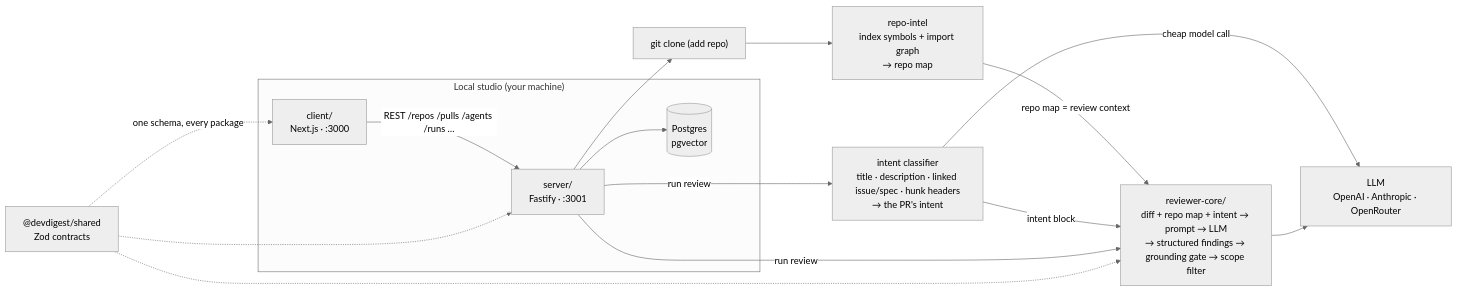
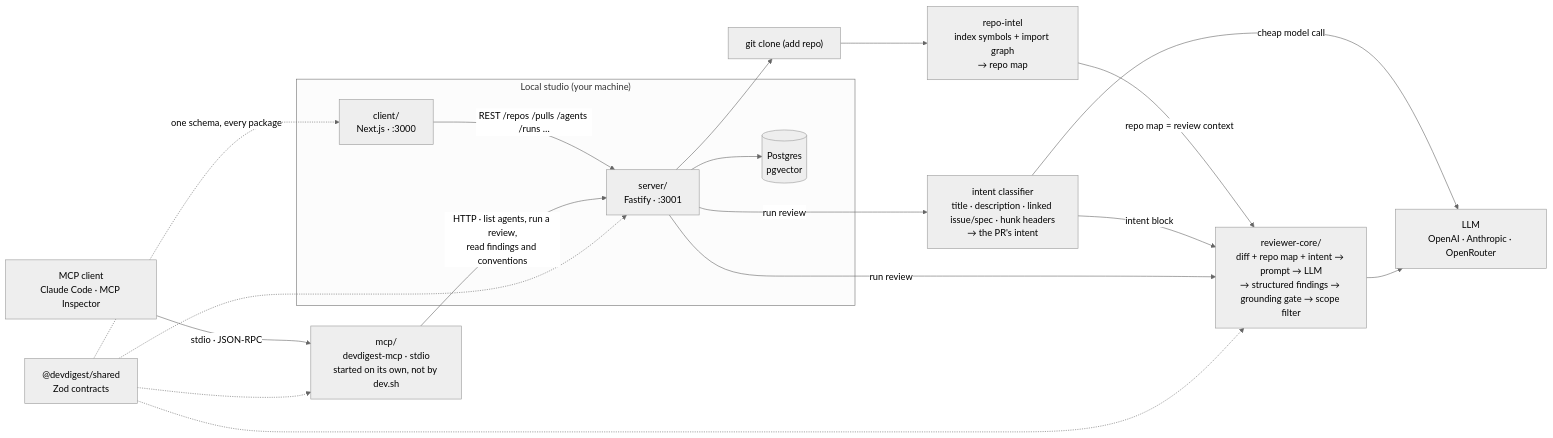
Before and after one commit to yrazub/dev-digest: the diagram in README.md, drawn with Mermaid (neutral theme). The commit also changed other lines of this file and 6 other files, not shown here.

Commit message:
docs: document the devdigest-mcp package and its tests

````diff
--- a/README.md
+++ b/README.md
@@ -27,28 +28,34 @@
 ```mermaid
 flowchart LR
   subgraph Studio["Local studio (your machine)"]
     WEB["client/<br/>Next.js · :3000"]
     API["server/<br/>Fastify · :3001"]
     PG[("Postgres<br/>pgvector")]
     WEB -->|"REST /repos /pulls /agents /runs …"| API
     API --> PG
   end
 
   CLONE["git clone (add repo)"] --> INDEX["repo-intel<br/>index symbols + import graph<br/>→ repo map"]
   API --> CLONE
   INDEX -->|"repo map = review context"| ENGINE
 
   INTENT["intent classifier<br/>title · description · linked issue/spec · hunk headers<br/>→ the PR's intent"]
   ENGINE["reviewer-core/<br/>diff + repo map + intent → prompt → LLM<br/>→ structured findings → grounding gate → scope filter"]
   LLM["LLM<br/>OpenAI · Anthropic · OpenRouter"]
   API -->|"run review"| INTENT
   INTENT -->|"cheap model call"| LLM
   INTENT -->|"intent block"| ENGINE
   API -->|"run review"| ENGINE
   ENGINE --> LLM
 
+  MCPCLIENT["MCP client<br/>Claude Code · MCP Inspector"]
+  MCP["mcp/<br/>devdigest-mcp · stdio<br/>started on its own, not by dev.sh"]
+  MCPCLIENT -->|"stdio · JSON-RPC"| MCP
+  MCP -->|"HTTP · list agents, run a review,<br/>read findings and conventions"| API
+
   SHARED["@devdigest/shared<br/>Zod contracts"]
   SHARED -.->|"one schema, every package"| WEB
   SHARED -.-> API
   SHARED -.-> ENGINE
+  SHARED -.-> MCP
 ```
````
